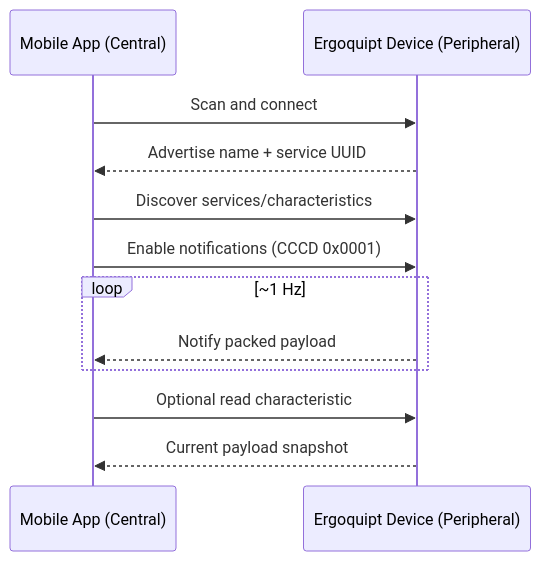
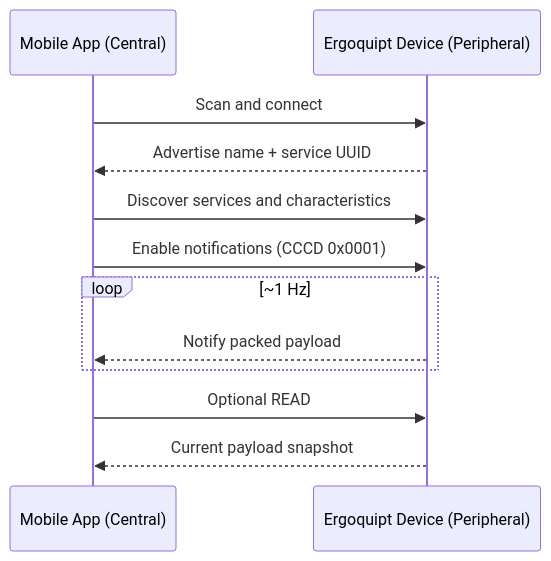
One commit to Frey210/Ergoquipt-TympanicHR changed the third of 3 diagrams in README.md. Above: the diagram before and after it, drawn with Mermaid. The commit also changed other lines of this file and 5 other files, not shown here.

````diff
--- a/README.md
+++ b/README.md
@@ -252,15 +333,15 @@
 ```mermaid
 sequenceDiagram
   participant App as Mobile App (Central)
   participant Dev as Ergoquipt Device (Peripheral)
 
   App->>Dev: Scan and connect
   Dev-->>App: Advertise name + service UUID
-  App->>Dev: Discover services/characteristics
+  App->>Dev: Discover services and characteristics
   App->>Dev: Enable notifications (CCCD 0x0001)
   loop ~1 Hz
     Dev-->>App: Notify packed payload
   end
-  App->>Dev: Optional read characteristic
+  App->>Dev: Optional READ
   Dev-->>App: Current payload snapshot
 ```
````
